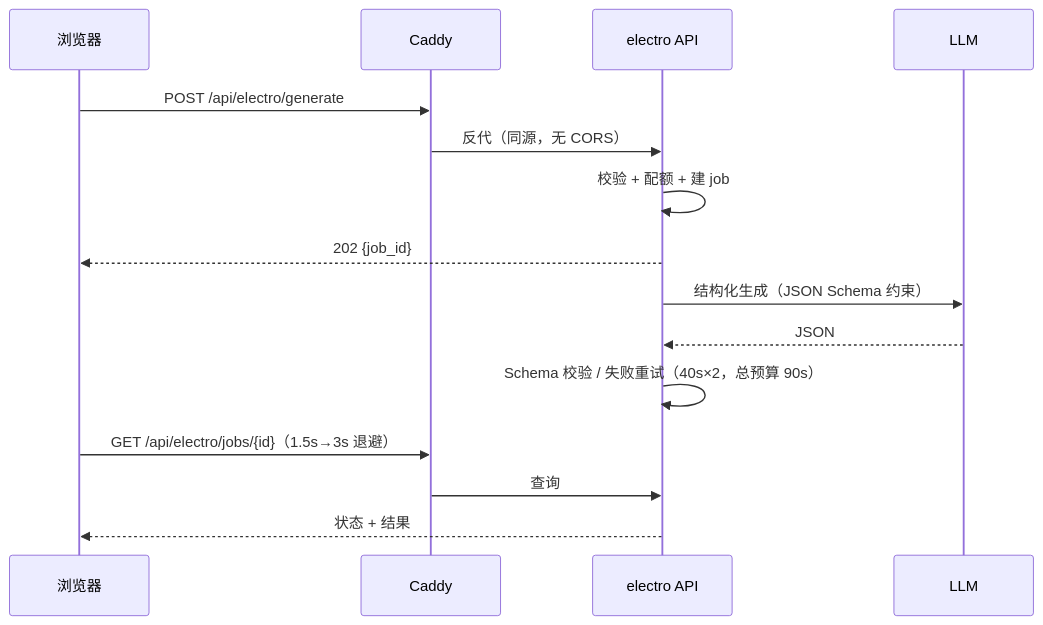
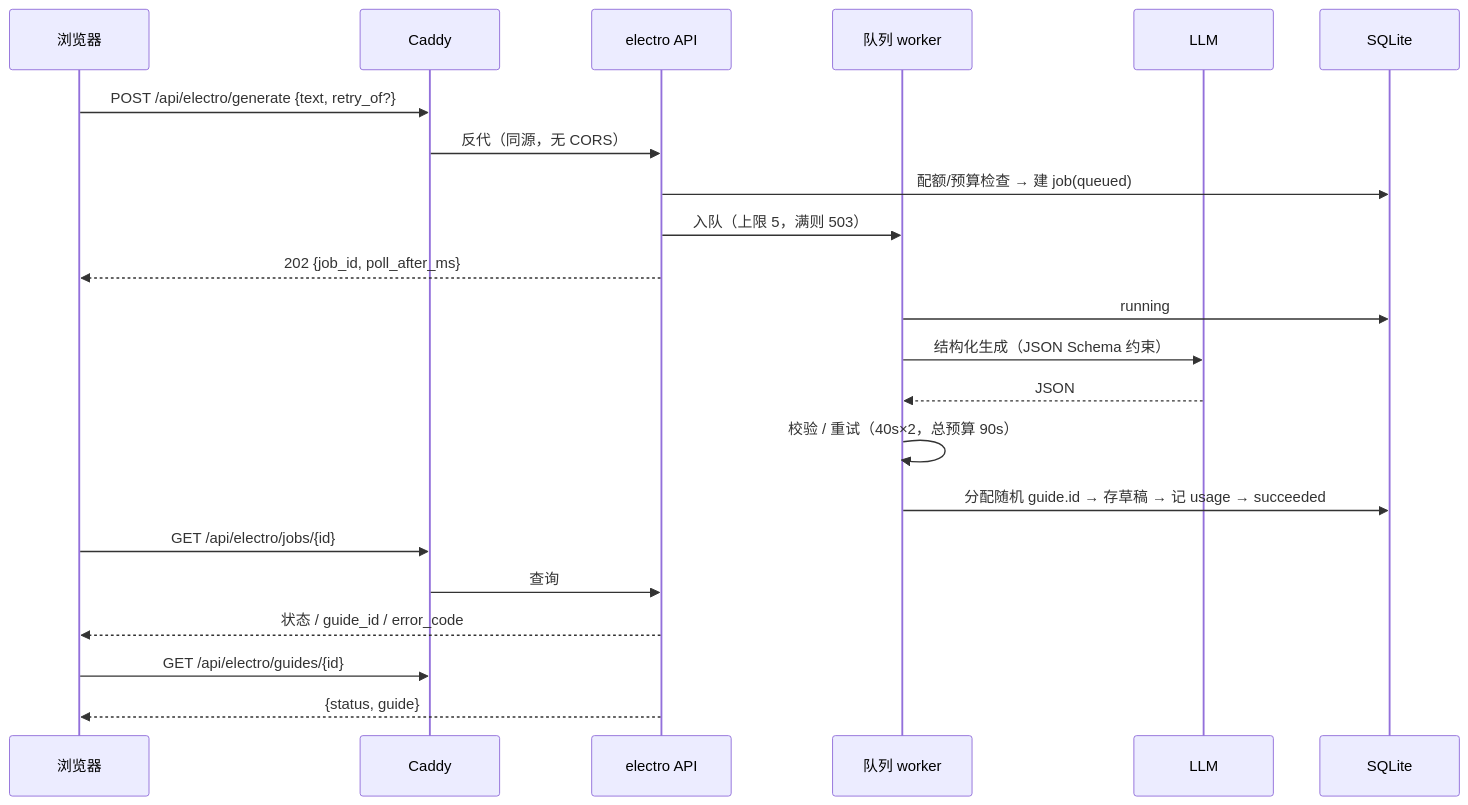
The second of 3 diagrams in docs/ARCHITECTURE.md (wenjian465276871-arch/matrix-hub), drawn with Mermaid before and after one commit. The commit also changed other lines of this file and 36 other files, not shown here.

````diff
--- a/docs/ARCHITECTURE.md
+++ b/docs/ARCHITECTURE.md
@@ -48,17 +54,25 @@
 ```mermaid
 sequenceDiagram
   participant B as 浏览器
   participant C as Caddy
   participant A as electro API
+  participant Q as 队列 worker
   participant M as LLM
-  B->>C: POST /api/electro/generate
+  participant D as SQLite
+
+  B->>C: POST /api/electro/generate {text, retry_of?}
   C->>A: 反代（同源，无 CORS）
-  A->>A: 校验 + 配额 + 建 job
-  A-->>B: 202 {job_id}
-  A->>M: 结构化生成（JSON Schema 约束）
-  M-->>A: JSON
-  A->>A: Schema 校验 / 失败重试（40s×2，总预算 90s）
-  B->>C: GET /api/electro/jobs/{id}（1.5s→3s 退避）
+  A->>D: 配额/预算检查 → 建 job(queued)
+  A->>Q: 入队（上限 5，满则 503）
+  A-->>B: 202 {job_id, poll_after_ms}
+  Q->>D: running
+  Q->>M: 结构化生成（JSON Schema 约束）
+  M-->>Q: JSON
+  Q->>Q: 校验 / 重试（40s×2，总预算 90s）
+  Q->>D: 分配随机 guide.id → 存草稿 → 记 usage → succeeded
+  B->>C: GET /api/electro/jobs/{id}
   C->>A: 查询
-  A-->>B: 状态 + 结果
+  A-->>B: 状态 / guide_id / error_code
+  B->>C: GET /api/electro/guides/{id}
+  A-->>B: {status, guide}
 ```
````
